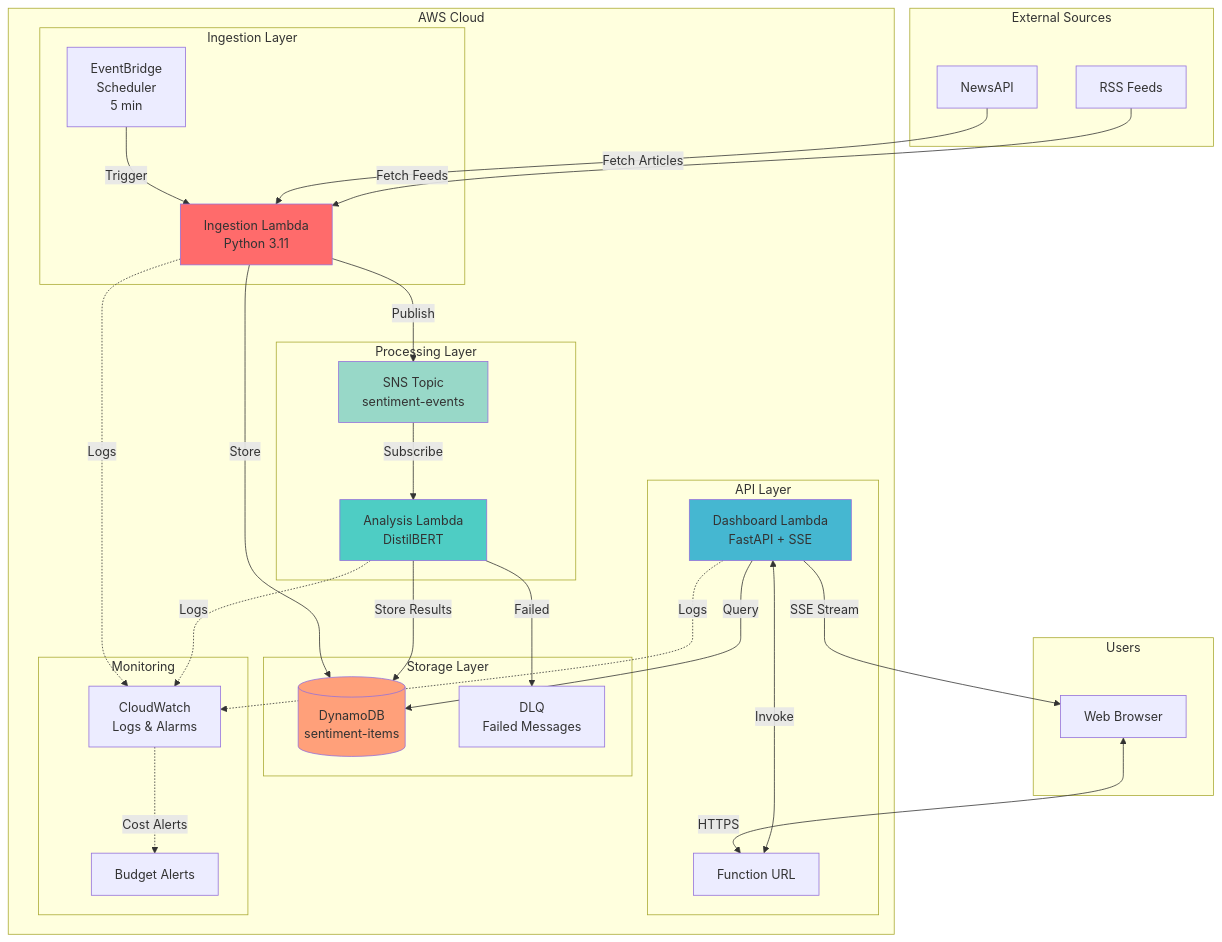
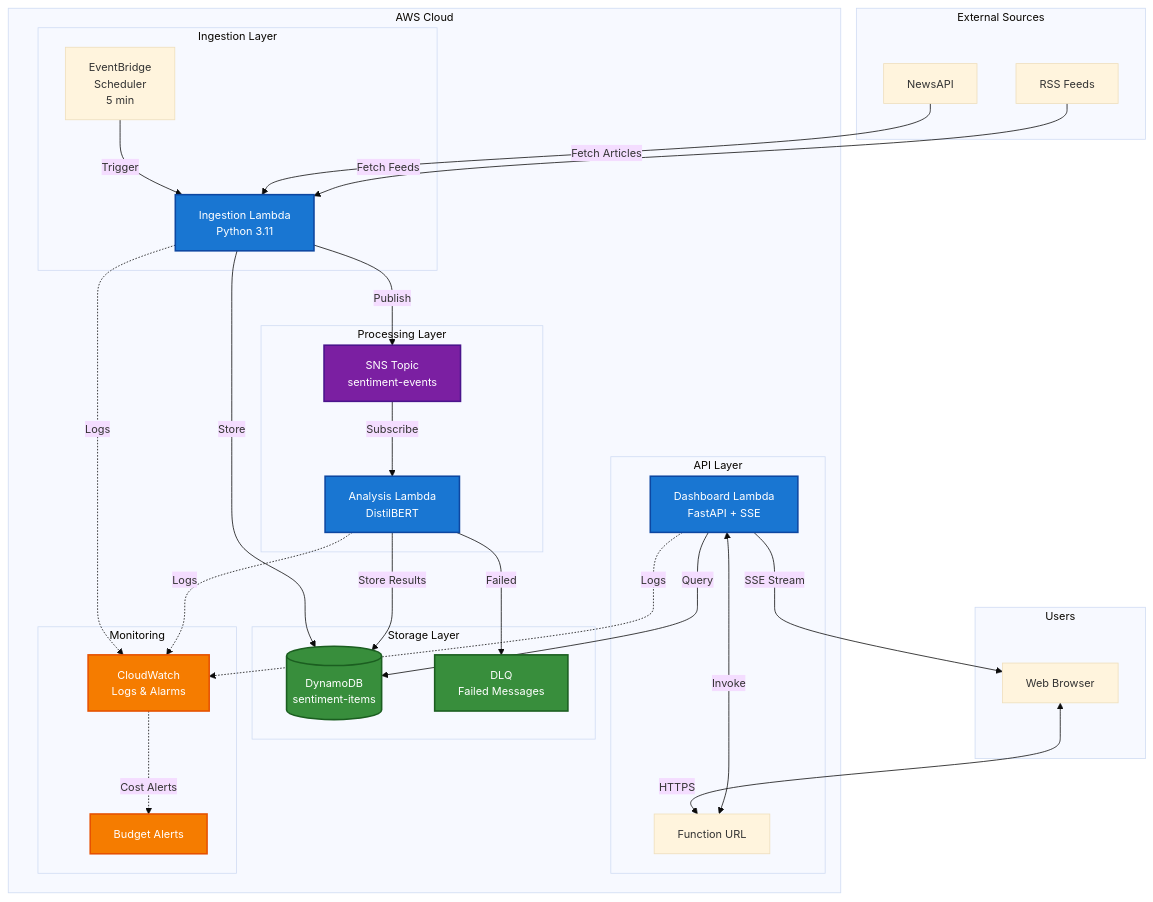
The second of 4 diagrams in README.md (traylorre/sentiment-analyzer-gsk), drawn with Mermaid before and after one commit. The commit also changed other lines of this file and 1 other file, not shown here.

First line of the commit message:
docs: Improve mermaid diagram accessibility and color contrast

````diff
--- a/README.md
+++ b/README.md
@@ -158,66 +164,71 @@
 ```mermaid
+%%{init: {'theme':'base', 'themeVariables': {'fontSize':'14px'}}}%%
 graph TB
     subgraph "External Sources"
         NewsAPI[NewsAPI]
         RSS[RSS Feeds]
     end
 
     subgraph "AWS Cloud"
         subgraph "Ingestion Layer"
             EB[EventBridge<br/>Scheduler<br/>5 min]
             Ingestion[Ingestion Lambda<br/>Python 3.11]
         end
 
         subgraph "Processing Layer"
             SNS[SNS Topic<br/>sentiment-events]
             Analysis[Analysis Lambda<br/>DistilBERT]
         end
 
         subgraph "API Layer"
             Dashboard[Dashboard Lambda<br/>FastAPI + SSE]
             FnURL[Function URL]
         end
 
         subgraph "Storage Layer"
             DDB[(DynamoDB<br/>sentiment-items)]
             DLQ[DLQ<br/>Failed Messages]
         end
 
         subgraph "Monitoring"
             CW[CloudWatch<br/>Logs & Alarms]
             Budget[Budget Alerts]
         end
     end
 
     subgraph "Users"
         Browser[Web Browser]
     end
 
     EB -->|Trigger| Ingestion
     NewsAPI -->|Fetch Articles| Ingestion
     RSS -->|Fetch Feeds| Ingestion
 
     Ingestion -->|Publish| SNS
     Ingestion -->|Store| DDB
 
     SNS -->|Subscribe| Analysis
     Analysis -->|Store Results| DDB
     Analysis -->|Failed| DLQ
 
     Browser <-->|HTTPS| FnURL
     FnURL <-->|Invoke| Dashboard
     Dashboard -->|Query| DDB
     Dashboard -->|SSE Stream| Browser
 
     Ingestion -.->|Logs| CW
     Analysis -.->|Logs| CW
     Dashboard -.->|Logs| CW
 
     CW -.->|Cost Alerts| Budget
 
-    style Ingestion fill:#FF6B6B
-    style Analysis fill:#4ECDC4
-    style Dashboard fill:#45B7D1
-    style DDB fill:#FFA07A
-    style SNS fill:#98D8C8
+    classDef lambdaStyle fill:#1976d2,stroke:#0d47a1,stroke-width:2px,color:#fff
+    classDef storageStyle fill:#388e3c,stroke:#1b5e20,stroke-width:2px,color:#fff
+    classDef messagingStyle fill:#7b1fa2,stroke:#4a148c,stroke-width:2px,color:#fff
+    classDef monitoringStyle fill:#f57c00,stroke:#e65100,stroke-width:2px,color:#fff
+
+    class Ingestion,Analysis,Dashboard lambdaStyle
+    class DDB,DLQ storageStyle
+    class SNS messagingStyle
+    class CW,Budget monitoringStyle
 ```
````
